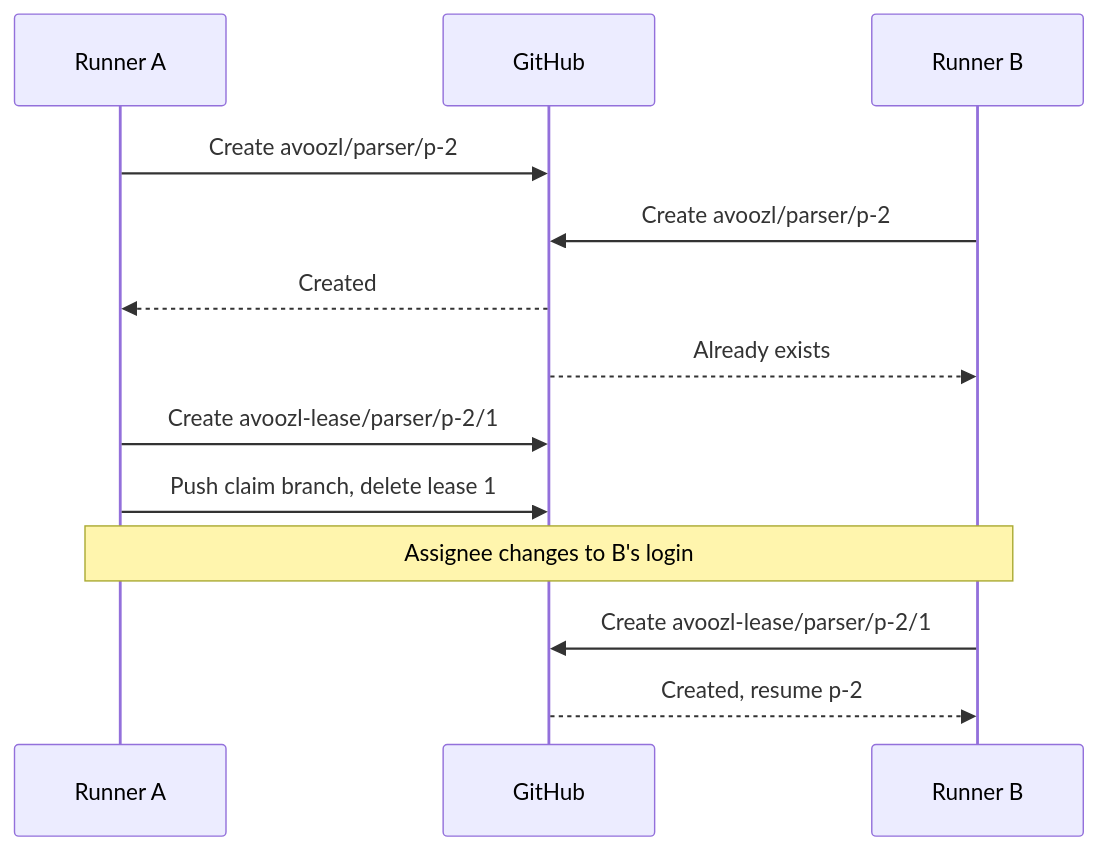
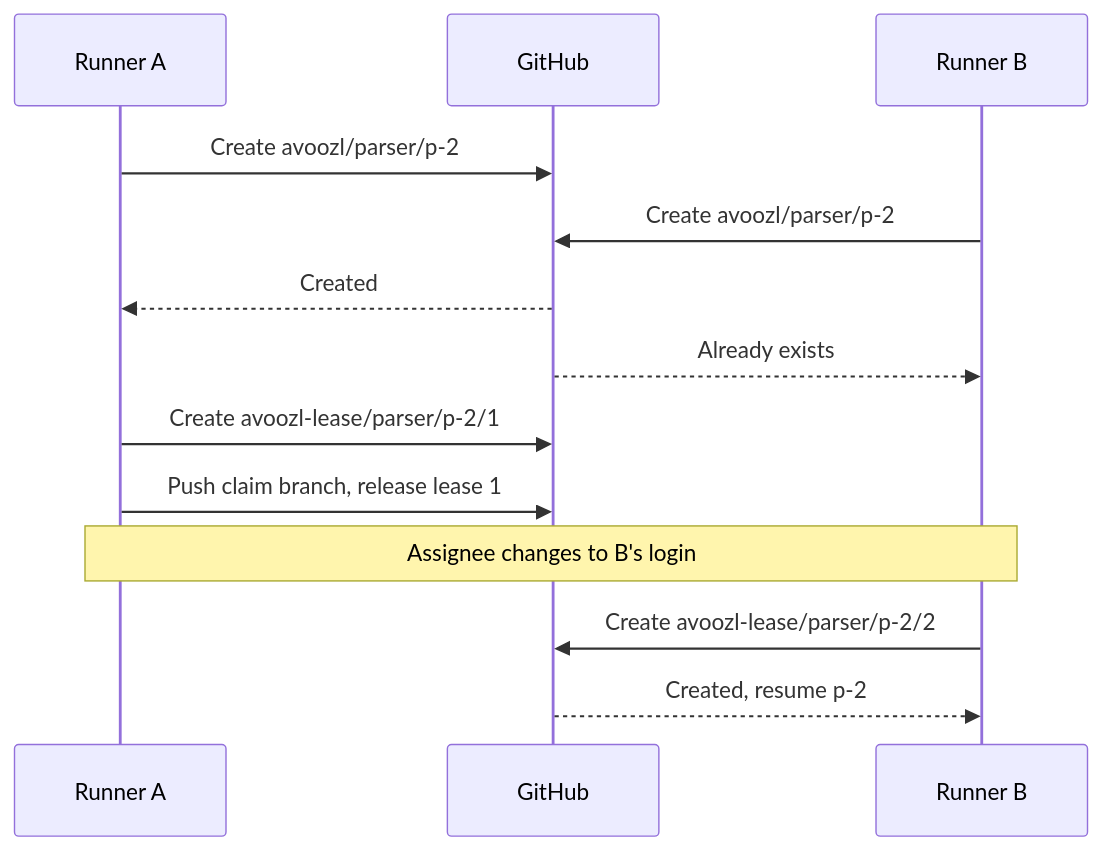
Before and after one commit to mtdowling/avoozl: the second of 2 diagrams in docs/github-workflow.md, drawn with Mermaid. The commit also changed other lines of this file and 31 other files, not shown here.

````diff
--- a/docs/github-workflow.md
+++ b/docs/github-workflow.md
@@ -483,15 +502,15 @@
 ```mermaid
 sequenceDiagram
   participant A as Runner A
   participant G as GitHub
   participant B as Runner B
   A->>G: Create avoozl/parser/p-2
   B->>G: Create avoozl/parser/p-2
   G-->>A: Created
   G-->>B: Already exists
   A->>G: Create avoozl-lease/parser/p-2/1
-  A->>G: Push claim branch, delete lease 1
+  A->>G: Push claim branch, release lease 1
   Note over A,B: Assignee changes to B's login
-  B->>G: Create avoozl-lease/parser/p-2/1
+  B->>G: Create avoozl-lease/parser/p-2/2
   G-->>B: Created, resume p-2
 ```
````
